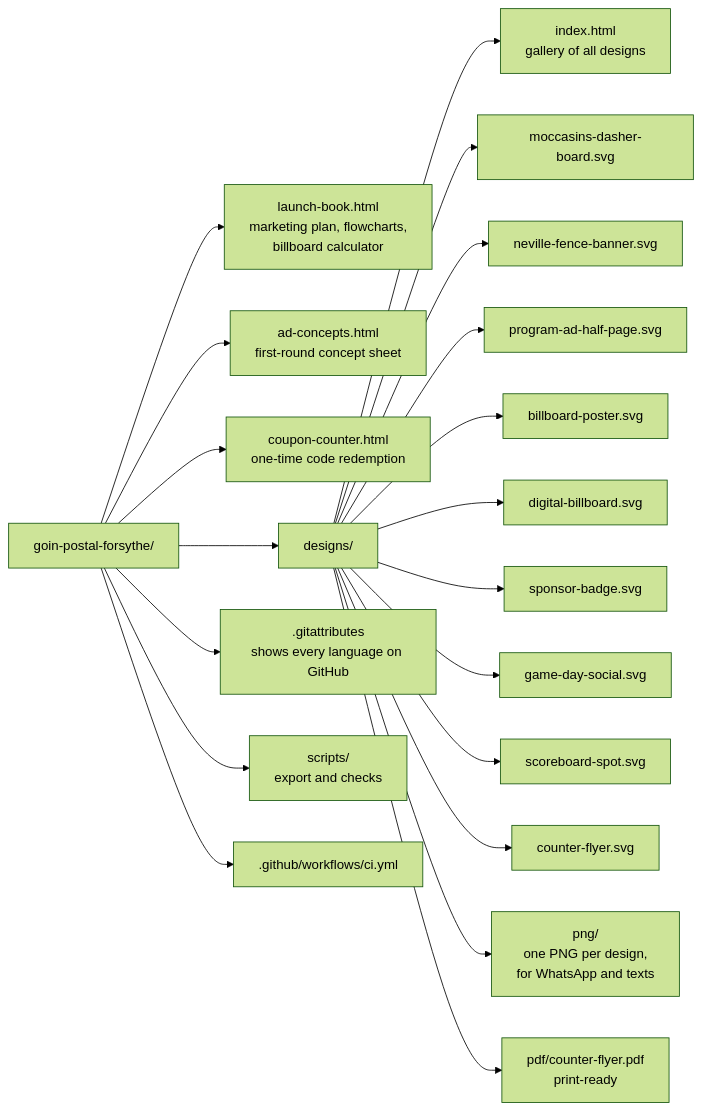
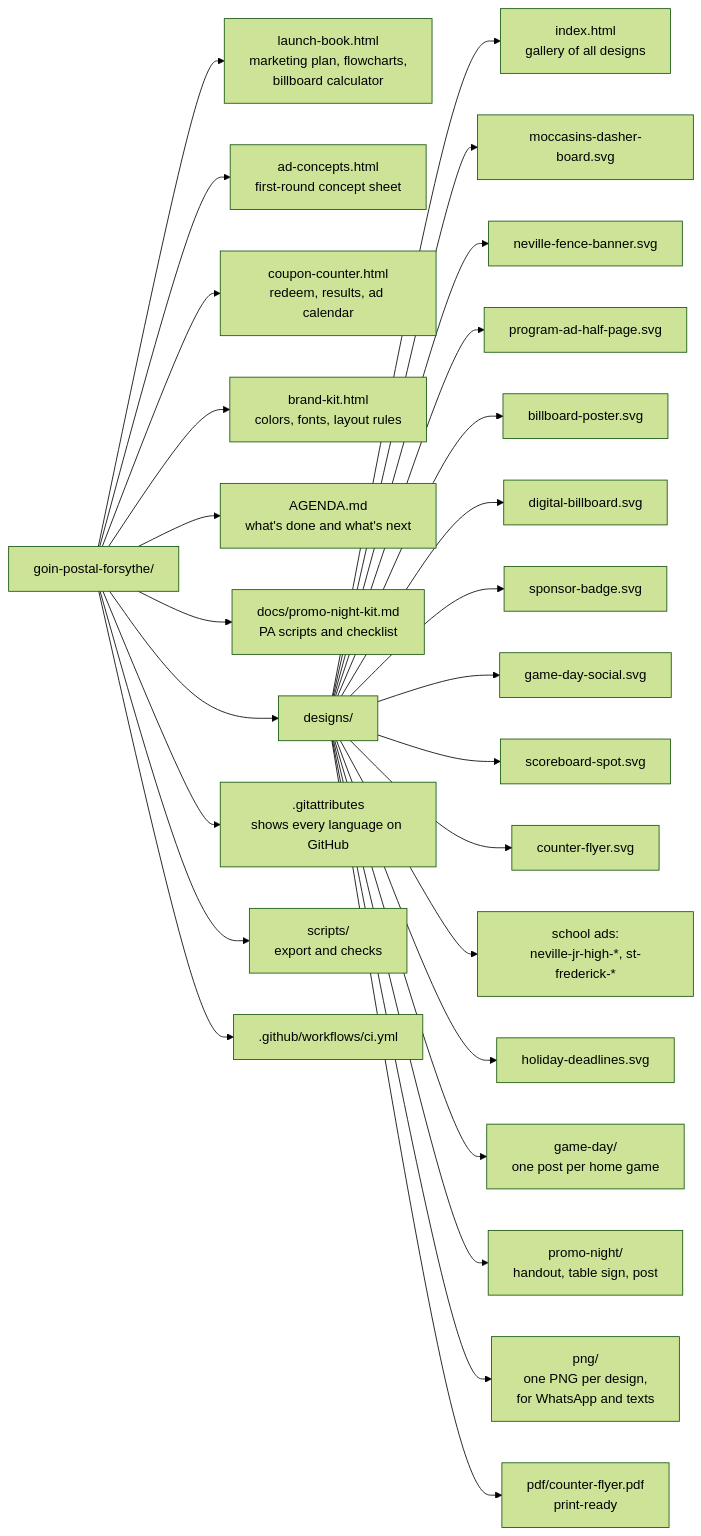
Before and after one commit to wbp318/goin-postal-forsythe: the third of 17 diagrams in README.md, drawn with Mermaid (forest theme). The commit also changed other lines of this file and 54 other files, not shown here.

First line of the commit message:
Agenda items 0-9: school ads, QR codes, game-day posts, holiday sign, Coupon Counter upgrade, promo kit, brand kit

````diff
--- a/README.md
+++ b/README.md
@@ -71,22 +75,29 @@
 ```mermaid
 flowchart LR
   R["goin-postal-forsythe/"] --> A["launch-book.html<br/>marketing plan, flowcharts,<br/>billboard calculator"]
   R --> B["ad-concepts.html<br/>first-round concept sheet"]
-  R --> CC["coupon-counter.html<br/>one-time code redemption"]
+  R --> CC["coupon-counter.html<br/>redeem, results, ad calendar"]
+  R --> BK["brand-kit.html<br/>colors, fonts, layout rules"]
+  R --> AG["AGENDA.md<br/>what's done and what's next"]
+  R --> DOC["docs/promo-night-kit.md<br/>PA scripts and checklist"]
   R --> D["designs/"]
   R --> G[".gitattributes<br/>shows every language on GitHub"]
   D --> D0["index.html<br/>gallery of all designs"]
   D --> D1["moccasins-dasher-board.svg"]
   D --> D2["neville-fence-banner.svg"]
   D --> D3["program-ad-half-page.svg"]
   D --> D4["billboard-poster.svg"]
   D --> D5["digital-billboard.svg"]
   D --> D6["sponsor-badge.svg"]
   D --> D7["game-day-social.svg"]
   D --> D8["scoreboard-spot.svg"]
   D --> D9["counter-flyer.svg"]
+  D --> D10["school ads:<br/>neville-jr-high-*, st-frederick-*"]
+  D --> D11["holiday-deadlines.svg"]
+  D --> GD["game-day/<br/>one post per home game"]
+  D --> PN["promo-night/<br/>handout, table sign, post"]
   D --> P["png/<br/>one PNG per design,<br/>for WhatsApp and texts"]
   D --> F["pdf/counter-flyer.pdf<br/>print-ready"]
   R --> S["scripts/<br/>export and checks"]
   R --> W[".github/workflows/ci.yml"]
 ```
````
